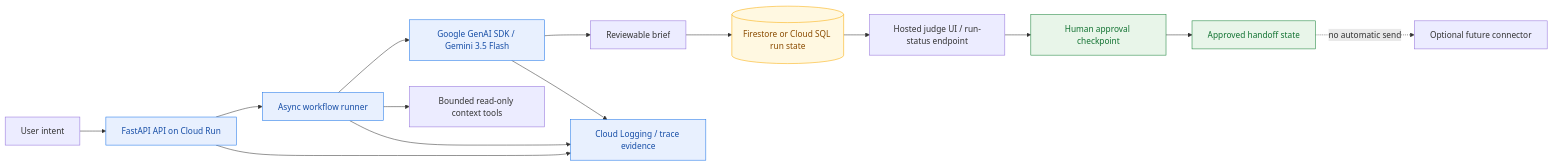
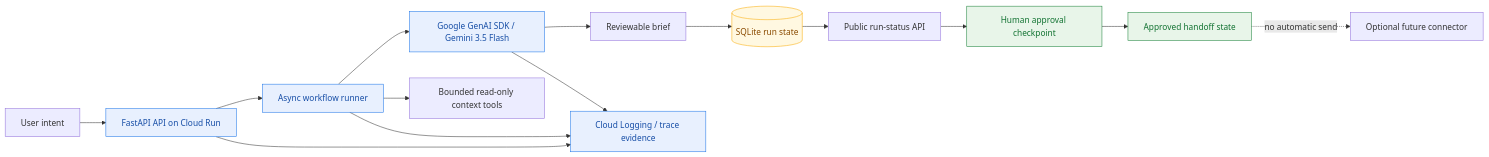
Before and after one commit to minagayid/automatom: the diagram in all-things-agentic-architecture.mmd, drawn with Mermaid. The commit also changed 1 other file, not shown here.

Commit message:
Align architecture diagram with SQLite runtime

```diff
--- a/all-things-agentic-architecture.mmd
+++ b/all-things-agentic-architecture.mmd
@@ -1,21 +1,21 @@
 flowchart LR
     U[User intent] --> API[FastAPI API on Cloud Run]
     API --> Q[Async workflow runner]
     Q --> AG[Google GenAI SDK / Gemini 3.5 Flash]
     Q --> CTX[Bounded read-only context tools]
     AG --> DRAFT[Reviewable brief]
-    DRAFT --> DB[(Firestore or Cloud SQL run state)]
-    DB --> UI[Hosted judge UI / run-status endpoint]
+    DRAFT --> DB[(SQLite run state)]
+    DB --> UI[Public run-status API]
     UI --> AP[Human approval checkpoint]
     AP --> SAFE[Approved handoff state]
     SAFE -. no automatic send .-> OUT[Optional future connector]
     API --> OBS[Cloud Logging / trace evidence]
     Q --> OBS
     AG --> OBS
 
     classDef cloud fill:#e8f0fe,stroke:#1a73e8,color:#174ea6;
     classDef safety fill:#e8f5e9,stroke:#188038,color:#137333;
     classDef data fill:#fff8e1,stroke:#f9ab00,color:#8a4b00;
     class API,Q,AG,OBS cloud;
     class AP,SAFE safety;
     class DB data;
```
